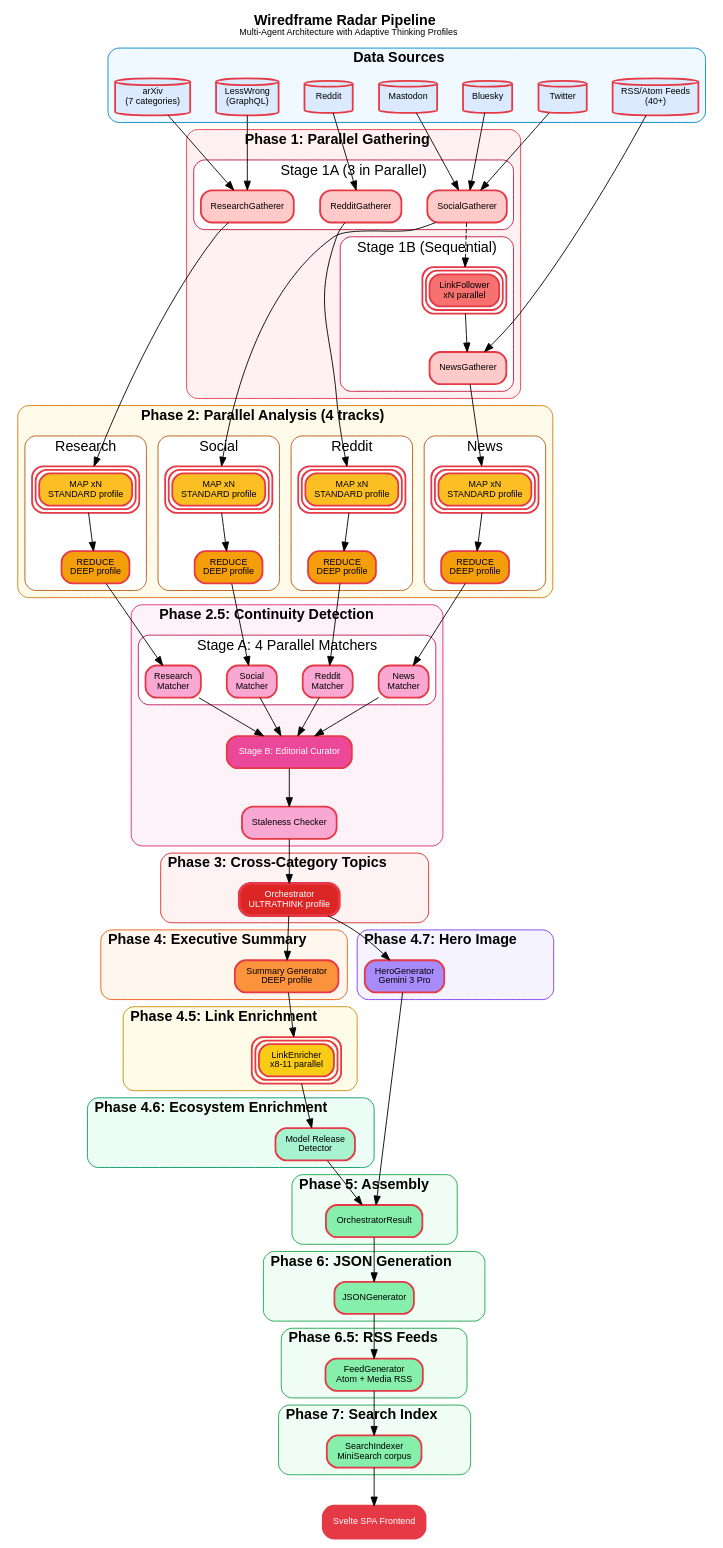
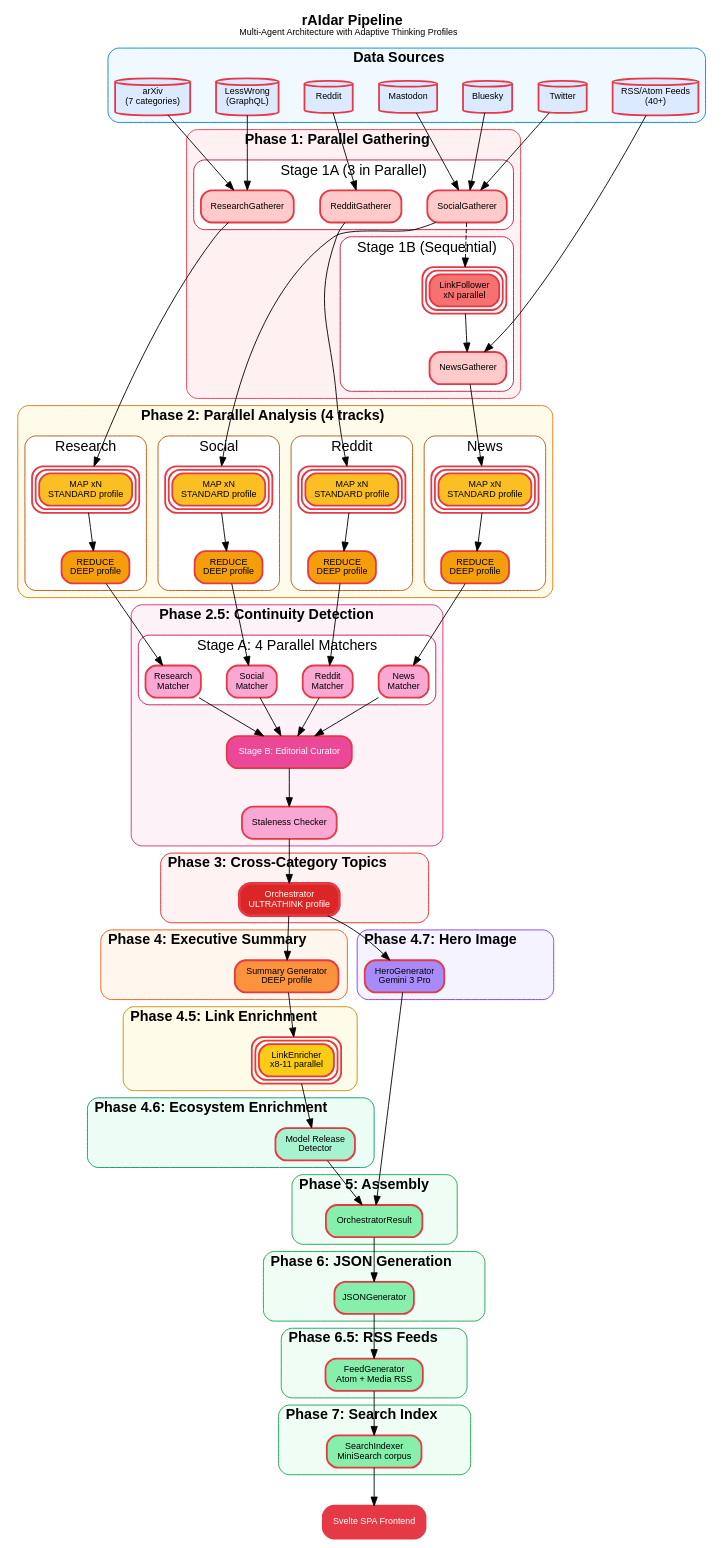
Before and after one commit to BlockFrame/AI-Observatory: the diagram in assets/pipeline.dot, drawn with Graphviz. The commit also changed 36 other files, not shown here.

```diff
--- a/assets/pipeline.dot
+++ b/assets/pipeline.dot
@@ -13,7 +13,7 @@
 
     // Title
     labelloc="t";
-    label=<<B>Wiredframe Radar Pipeline</B><BR/><FONT POINT-SIZE="10">Multi-Agent Architecture with Adaptive Thinking Profiles</FONT>>;
+    label=<<B>rAIdar Pipeline</B><BR/><FONT POINT-SIZE="10">Multi-Agent Architecture with Adaptive Thinking Profiles</FONT>>;
     fontsize=16;
 
     // DATA SOURCES
```
